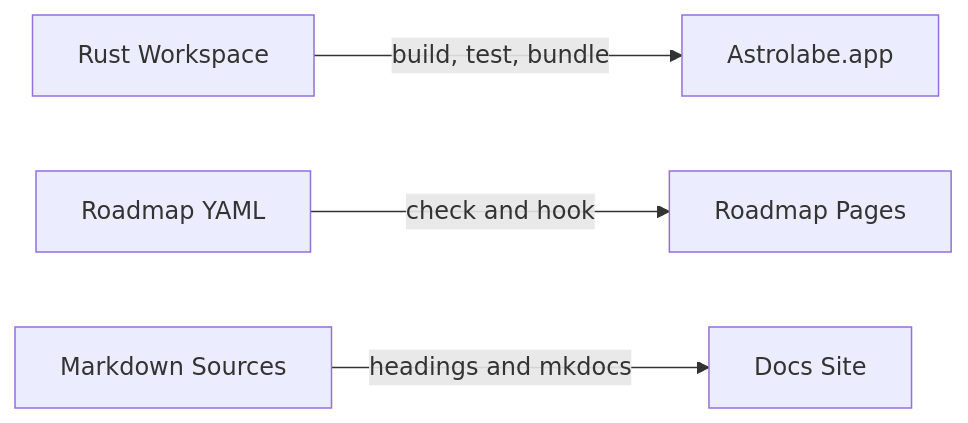
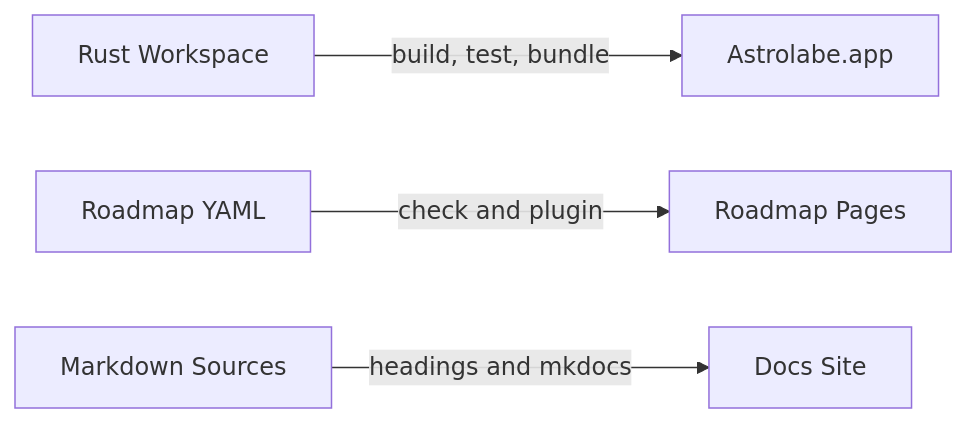
One commit to AhmedKhan-GH/astrolabe changed the diagram in docs/development/index.md. Above: the diagram before and after it, drawn with Mermaid. The commit also changed other lines of this file and 5 other files, not shown here.

````diff
--- a/docs/development/index.md
+++ b/docs/development/index.md
@@ -9,6 +9,6 @@
 ```mermaid
 flowchart LR
     src[Rust Workspace] -->|build, test, bundle| app[Astrolabe.app]
-    roadmap[Roadmap YAML] -->|check and hook| rmdoc[Roadmap Pages]
+    roadmap[Roadmap YAML] -->|check and plugin| rmdoc[Roadmap Pages]
     docs[Markdown Sources] -->|headings and mkdocs| site[Docs Site]
 ```
````
